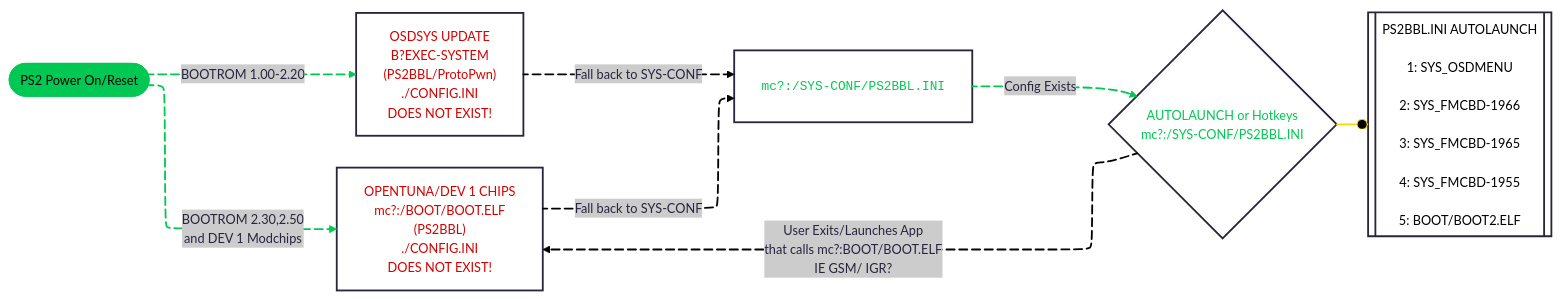
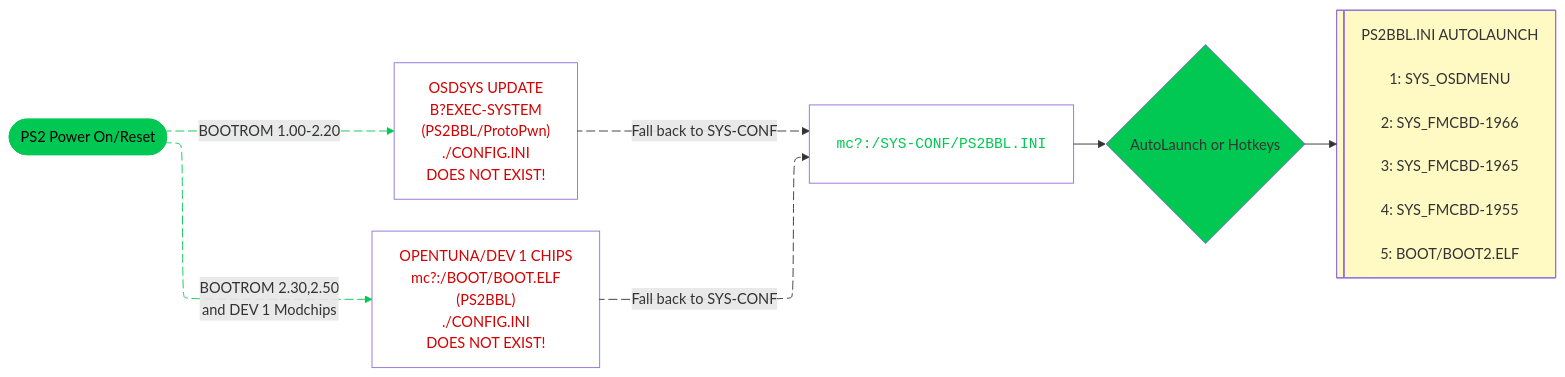
Before and after one commit to playerjmr/ps2homebrewstore: the diagram in docs/umcs/index.md, drawn with Mermaid. The commit also changed other lines of this file and 100 other files, not shown here.

````diff
--- a/docs/umcs/index.md
+++ b/docs/umcs/index.md
@@ -74,40 +77,35 @@
 ```mermaid
 ---
 config:
-  theme: redux
+  theme: mc
   layout: elk
   look: classic
 ---
 graph LR
     A(["PS2 Power On/Reset"]) L_A_B_0@-- "BOOTROM 1.00-2.20" --> B["OSDSYS UPDATE<br>B?EXEC-SYSTEM<br>(PS2BBL/ProtoPwn)<br>./CONFIG.INI <br>DOES NOT EXIST!"]
     A L_A_n1_0@-- "BOOTROM 2.30,2.50<br>and DEV 1 Modchips" --> n1["OPENTUNA/DEV 1 CHIPS<br>mc?:/BOOT/BOOT.ELF<br>(PS2BBL)<br>./CONFIG.INI <br>DOES NOT EXIST!"]
-    n5@{ label: "<pre style=\"font-family:\"><code style=\"font-family:\">mc?:/SYS-CONF/PS2BBL.INI</code></pre>" } -- Config Exists --> n6["AUTOLAUNCH or Hotkeys<br>mc?:/SYS-CONF/PS2BBL.INI"]
-    B L_B_n5_0@-- "Fall back to SYS-CONF" --> n5
+    B L_B_n5_0@-- "Fall back to SYS-CONF" --> n5@{ label: "<pre style=\"font-family:\"><code style=\"font-family:\">mc?:/SYS-CONF/PS2BBL.INI</code></pre>" }
     n1 L_n1_n5_0@-- "Fall back to SYS-CONF" --> n5
-    n6 --o n10@{ label: "PS2BBL.INI AUTOLAUNCH<br style=\"--tw-scale-x:\"><br style=\"--tw-scale-x:\">1: SYS_OSDMENU<br style=\"--tw-scale-x:\"><br style=\"--tw-scale-x:\">2: SYS_FMCBD-1966<br style=\"--tw-scale-x:\"><br style=\"--tw-scale-x:\">3: SYS_FMCBD-1965<br style=\"--tw-scale-x:\"><br style=\"--tw-scale-x:\">4: SYS_FMCBD-1955<br style=\"--tw-scale-x:\"><br style=\"--tw-scale-x:\">5: BOOT/BOOT2.ELF" }
-    n6 L_n6_n1_0@-- "User Exits/Launches App<br>that calls mc?:BOOT/BOOT.ELF<br>IE GSM/ IGR?" --> n1
+    n5 --> n6["AutoLaunch or Hotkeys"]
+    n6 --> n7@{ label: "<span style=\"color:\">PS2BBL.INI AUTOLAUNCH</span><br style=\"color:\"><br style=\"color:\"><span style=\"color:\">1: SYS_OSDMENU</span><br style=\"color:\"><br style=\"color:\"><span style=\"color:\">2: SYS_FMCBD-1966</span><br style=\"color:\"><br style=\"color:\"><span style=\"color:\">3: SYS_FMCBD-1965</span><br style=\"color:\"><br style=\"color:\"><span style=\"color:\">4: SYS_FMCBD-1955</span><br style=\"color:\"><br style=\"color:\"><span style=\"color:\">5: BOOT/BOOT2.ELF</span>" }
     B@{ shape: rect}
     n1@{ shape: rect}
     n5@{ shape: proc}
     n6@{ shape: diam}
-    n10@{ shape: subproc}
+    n7@{ shape: lin-proc}
      A:::Ash
     classDef Ash stroke-width:1px, stroke-dasharray:none, stroke:#999999, fill:#EEEEEE, color:#000000
     style A stroke:#00C853,fill:#00C853,color:none
     style B color:#D50000,fill:transparent
     style n1 color:#D50000,fill:transparent
     style n5 fill:transparent,color:#00C853
-    style n6 fill:transparent,color:#00C853
-    style n10 fill:transparent,color:#000000
+    style n6 fill:#00C853
+    style n7 fill:#FFF9C4
     linkStyle 0 stroke:#00C853,fill:none
     linkStyle 1 stroke:#00C853,fill:none
-    linkStyle 2 stroke:#00C853,fill:none
-    linkStyle 5 stroke:#FFD600,fill:none
     L_A_B_0@{ animation: slow } 
     L_A_n1_0@{ animation: slow } 
     L_B_n5_0@{ animation: slow } 
-    L_n1_n5_0@{ animation: slow } 
-    L_n6_n1_0@{ animation: slow }
-    L_n5_n6_0@{ animation: slow }
+    L_n1_n5_0@{ animation: slow }
 
 ```
````
